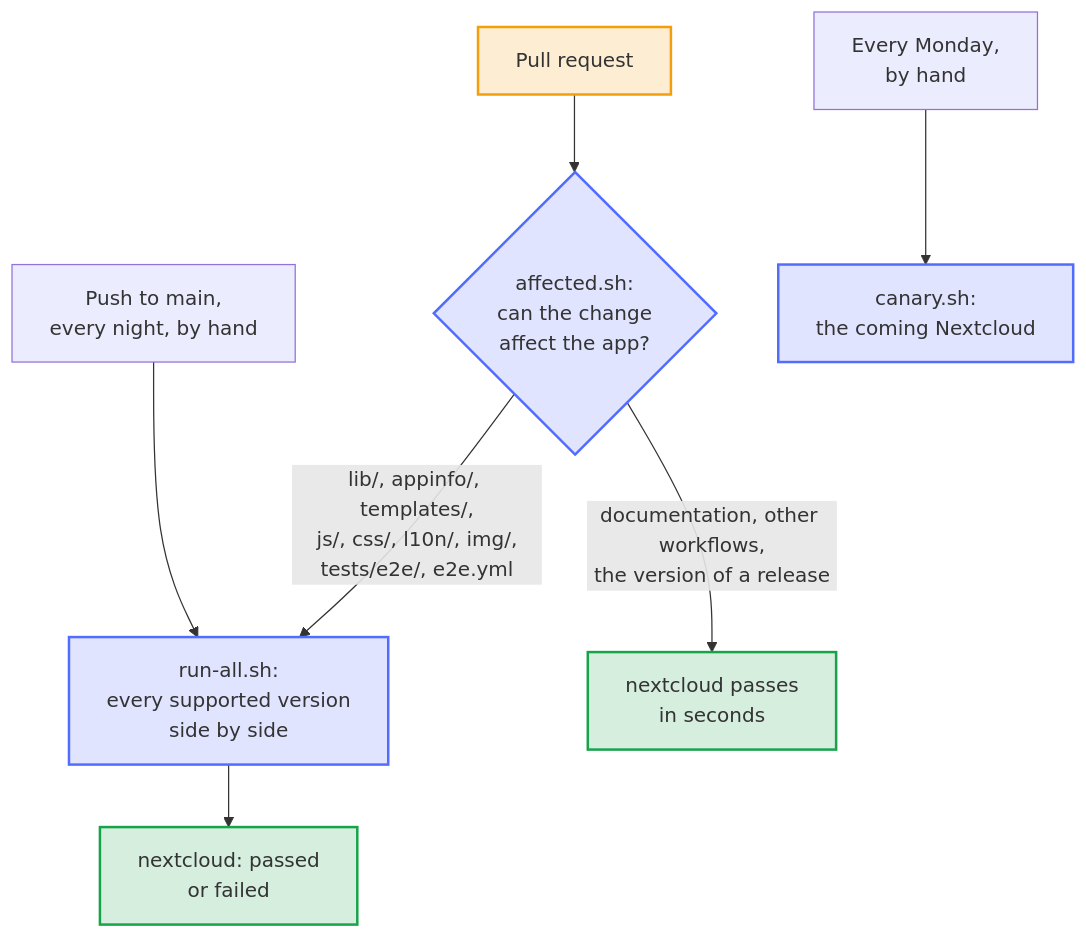
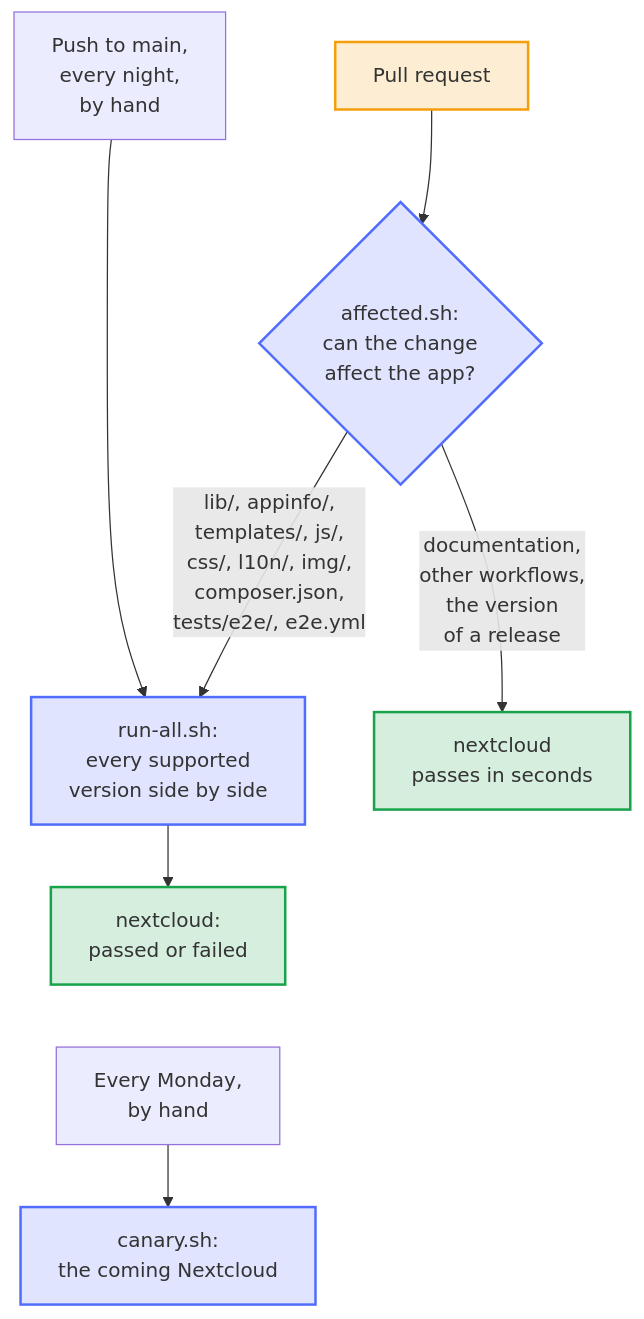
The second of 2 diagrams in tests/e2e/README.md (Dennis-Otto/paperless-sync), drawn with Mermaid before and after one commit. The commit also changed other lines of this file and 4 other files, not shown here.

First line of the commit message:
docs: readable and accessible diagrams on the website (#100)

````diff
--- a/tests/e2e/README.md
+++ b/tests/e2e/README.md
@@ -67,17 +85,36 @@
 ```mermaid
+---
+config:
+  flowchart:
+    nodeSpacing: 24
+---
 flowchart TB
     accTitle: When the end-to-end tests run
     accDescr: A pull request runs the end-to-end tests only when it changes the app, its tests or their workflow; otherwise the required check passes at once. Every push to main and every night run them against every supported version, and every Monday the canary runs them against the coming Nextcloud.
-    pr["Pull request"] --> affected{"affected.sh:<br>can the change<br>affect the app?"}
-    affected -->|"lib/, appinfo/, templates/,<br>js/, css/, l10n/, img/,<br>tests/e2e/, e2e.yml"| all["run-all.sh:<br>every supported version<br>side by side"]
-    affected -->|"documentation, other workflows,<br>the version of a release"| skipped["nextcloud passes<br>in seconds"]
-    main["Push to main,<br>every night, by hand"] --> all
-    monday["Every Monday,<br>by hand"] --> canary["canary.sh:<br>the coming Nextcloud"]
-    all --> result["nextcloud: passed<br>or failed"]
+
+    pr["Pull request"]
+    main["Push to main,<br>every night,<br>by hand"]
+    affected{"affected.sh:<br>can the change<br>affect the app?"}
+    all["run-all.sh:<br>every supported<br>version side by side"]
+    skipped["nextcloud<br>passes in seconds"]
+    result["nextcloud:<br>passed or failed"]
+    monday["Every Monday,<br>by hand"]
+    canary["canary.sh:<br>the coming Nextcloud"]
+
+    pr --> affected
+    affected -- "lib/, appinfo/,<br>templates/, js/,<br>css/, l10n/, img/,<br>composer.json,<br>tests/e2e/, e2e.yml" --> all
+    affected -- "documentation,<br>other workflows,<br>the version<br>of a release" --> skipped
+    main --> all
+    %% Invisible links keep the triggers in one row and the canary below the rest.
+    main ~~~ affected
+    all --> result
+    result ~~~ monday
+    monday --> canary
+
     classDef bot fill:#526cfe2e,stroke:#526cfe,stroke-width:2px
     classDef person fill:#f59e0b2e,stroke:#f59e0b,stroke-width:2px
     classDef done fill:#16a34a2e,stroke:#16a34a,stroke-width:2px
     class pr person
     class affected,all,canary bot
     class skipped,result done
 ```
````
